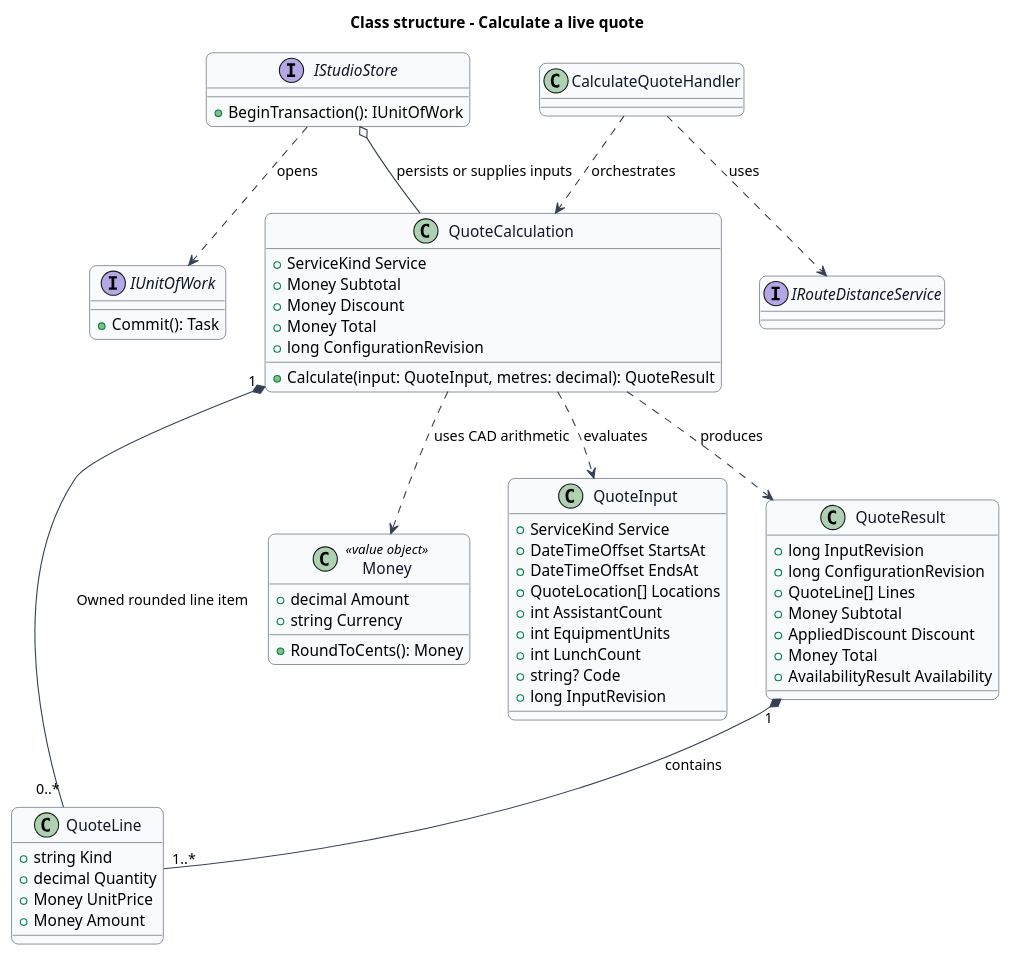
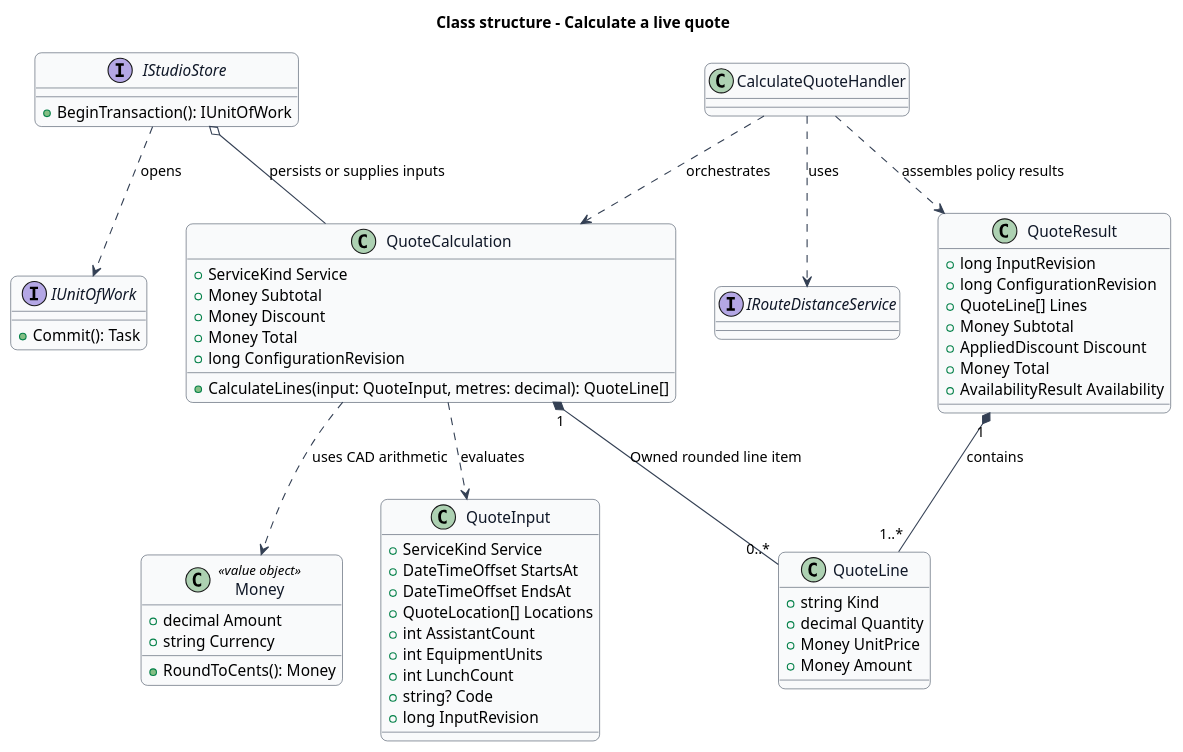
The diagram in docs/detailed-designs/quotations/calculate-live-quote/diagrams/class-structure.puml (QuinntyneBrown/quinntyne-brown-studio), drawn with PlantUML before and after one commit. The commit also changed 51 other files, not shown here.

```diff
--- a/docs/detailed-designs/quotations/calculate-live-quote/diagrams/class-structure.puml
+++ b/docs/detailed-designs/quotations/calculate-live-quote/diagrams/class-structure.puml
@@ -1,78 +1,78 @@
 @startuml
 skinparam backgroundColor #FFFFFF
 skinparam shadowing false
 skinparam roundcorner 12
 skinparam defaultFontName Arial
 skinparam ArrowColor #344054
 skinparam rectangle {
   BorderColor #344054
   FontColor #101828
 }
 skinparam package {
   BorderColor #667085
   FontColor #101828
   BackgroundColor #F9FAFB
 }
 title Class structure - Calculate a live quote
 skinparam class {
  BorderColor #344054
  FontColor #101828
  BackgroundColor #F9FAFB
 }
 class QuoteCalculation {
  +ServiceKind Service
  +Money Subtotal
  +Money Discount
  +Money Total
  +long ConfigurationRevision
- +Calculate(input: QuoteInput, metres: decimal): QuoteResult
+ +CalculateLines(input: QuoteInput, metres: decimal): QuoteLine[]
 }
 class QuoteLine {
  +string Kind
  +decimal Quantity
  +Money UnitPrice
  +Money Amount
 }
 QuoteCalculation "1" *-- "0..*" QuoteLine : Owned rounded line item
 class Money <<value object>> {
  +decimal Amount
  +string Currency
  +RoundToCents(): Money
 }
 QuoteCalculation ..> Money : uses CAD arithmetic
 interface IStudioStore {
  +BeginTransaction(): IUnitOfWork
 }
 interface IUnitOfWork {
  +Commit(): Task
 }
 IStudioStore ..> IUnitOfWork : opens
 IStudioStore o-- QuoteCalculation : persists or supplies inputs
 interface IRouteDistanceService
 class CalculateQuoteHandler
 CalculateQuoteHandler ..> IRouteDistanceService : uses
 CalculateQuoteHandler ..> QuoteCalculation : orchestrates
 class QuoteInput {
  +ServiceKind Service
  +DateTimeOffset StartsAt
  +DateTimeOffset EndsAt
  +QuoteLocation[] Locations
  +int AssistantCount
  +int EquipmentUnits
  +int LunchCount
  +string? Code
  +long InputRevision
 }
 class QuoteResult {
  +long InputRevision
  +long ConfigurationRevision
  +QuoteLine[] Lines
  +Money Subtotal
  +AppliedDiscount Discount
  +Money Total
  +AvailabilityResult Availability
 }
 QuoteCalculation ..> QuoteInput : evaluates
-QuoteCalculation ..> QuoteResult : produces
+CalculateQuoteHandler ..> QuoteResult : assembles policy results
 QuoteResult "1" *-- "1..*" QuoteLine : contains
 @enduml
```
